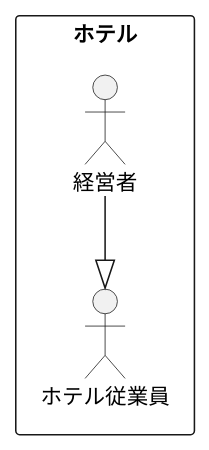
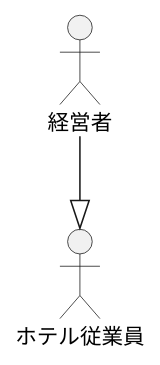
One commit to TTaKesAwA/uml-intro changed the diagram in 演習2-2_ホテル従業員.pu. Above: the diagram before and after it, drawn with PlantUML. The commit also changed 1 other file, not shown here.

```diff
--- a/演習2-2_ホテル従業員.pu
+++ b/演習2-2_ホテル従業員.pu
@@ -1,7 +1,7 @@
 @startuml 例題1
-rectangle ホテル {
+
 actor 経営者
 actor ホテル従業員
-}
+
 経営者 --|> ホテル従業員
 @enduml
```
